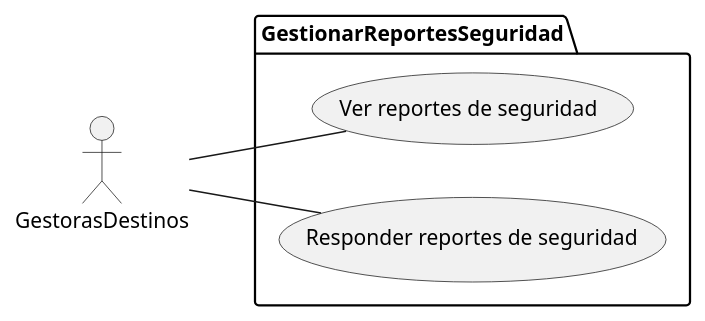
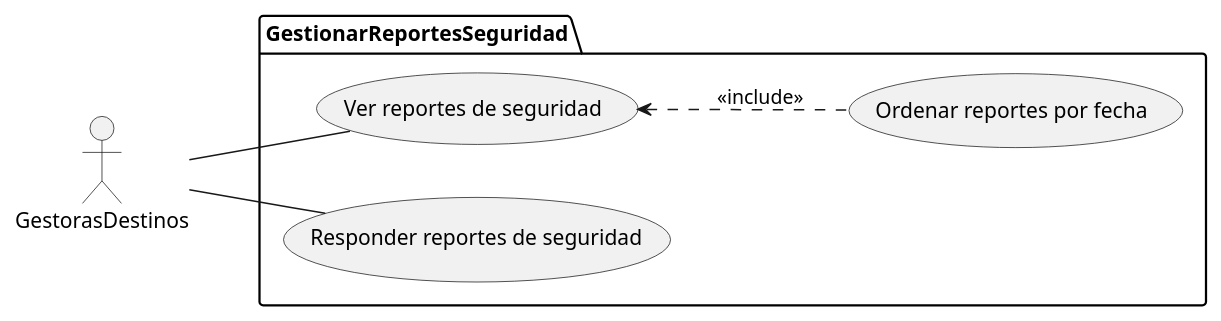
One commit to xdark-nessx20/SM-Xplore changed the diagram in docs/modelos/uc-lvl-1/gestionar-reportes-seguridad/gestoras-diagrama.puml. Above: the diagram before and after it, drawn with PlantUML. The commit also changed 3 other files, not shown here.

Commit message:
Update: updating lvl one use-case diagrams to add new functions.

```diff
--- a/docs/modelos/uc-lvl-1/gestionar-reportes-seguridad/gestoras-diagrama.puml
+++ b/docs/modelos/uc-lvl-1/gestionar-reportes-seguridad/gestoras-diagrama.puml
@@ -1,17 +1,19 @@
 @startuml
 
 left to right direction
 
 actor GestorasDestinos as G
 
 package GestionarReportesSeguridad {
     usecase "Ver reportes de seguridad" as UC1
     usecase "Responder reportes de seguridad" as UC2
+    usecase "Ordenar reportes por fecha" as UC3
 
 }
 
 G -- UC1
 G -- UC2
 
+UC1 <.. UC3 : <<include>>
 
 @enduml
```
